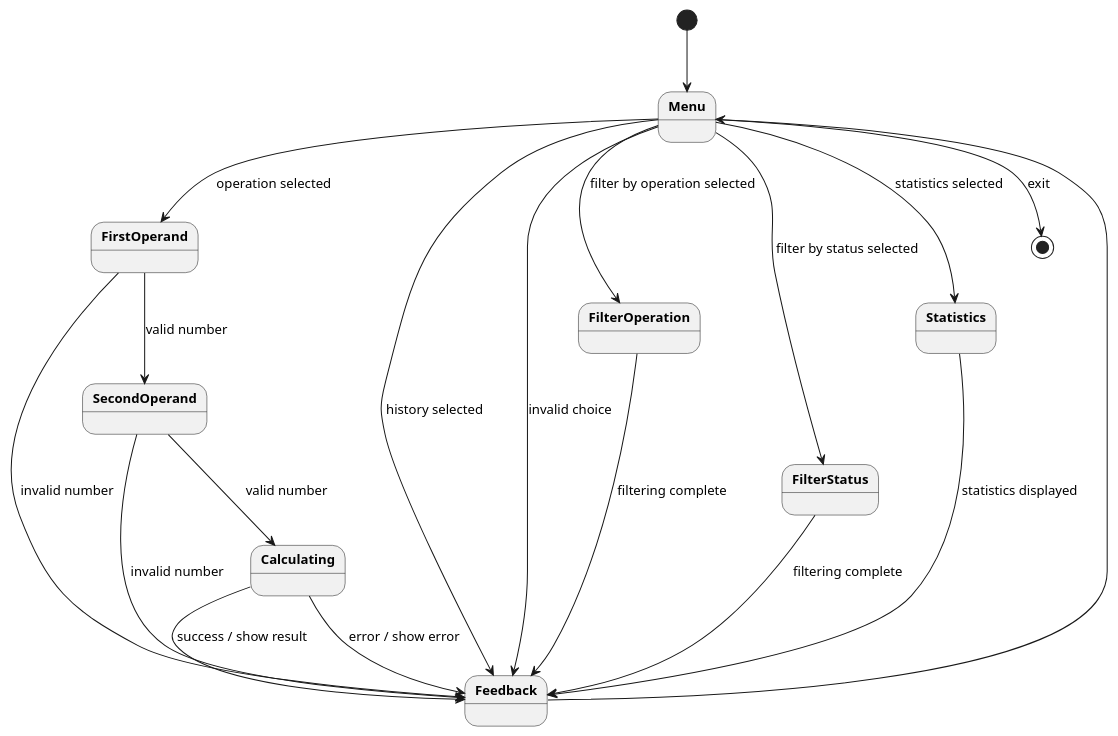
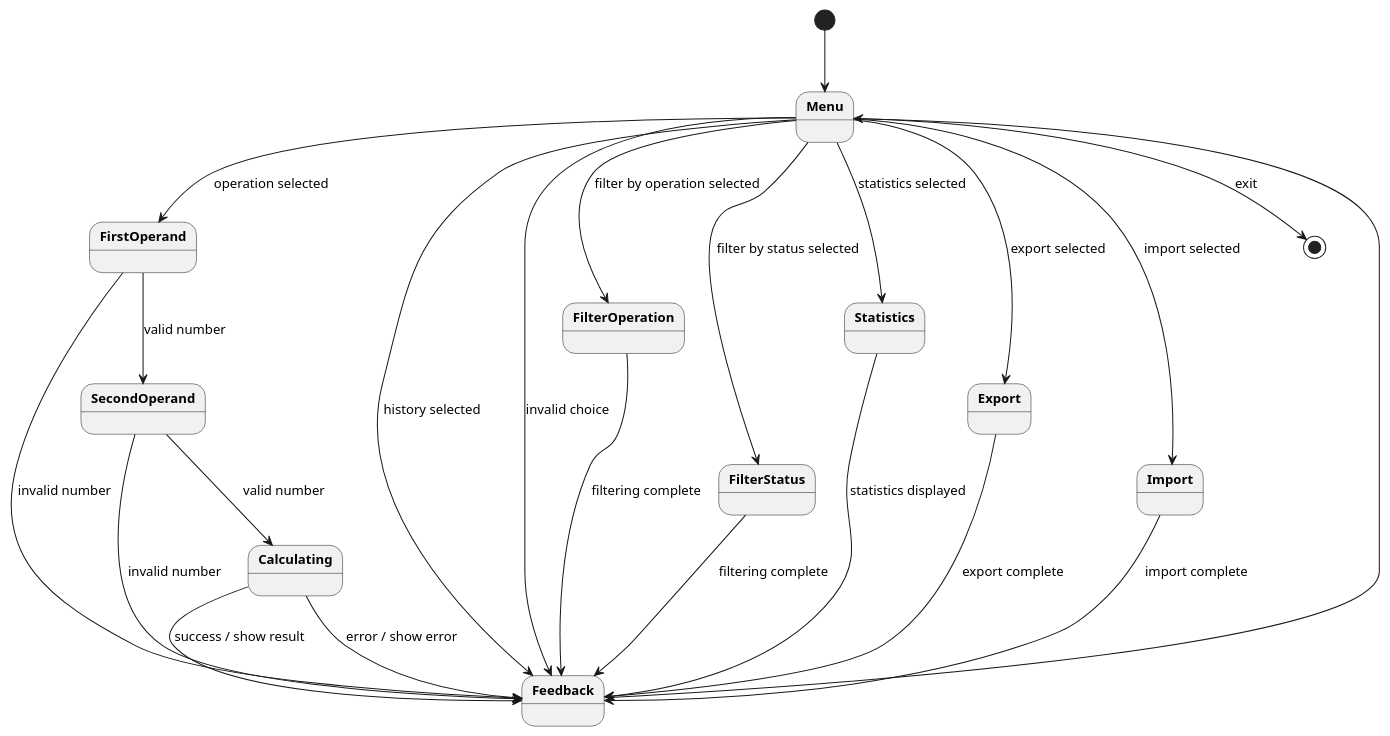
One commit to DanielRiha8906/Software_autoevolution_using_agents changed the diagram in experiments/pipeline/structured_text/calculator/artifacts/state_diagram_interactive.puml. Above: the diagram before and after it, drawn with PlantUML. The commit also changed 13 other files, not shown here.

```diff
--- a/experiments/pipeline/structured_text/calculator/artifacts/state_diagram_interactive.puml
+++ b/experiments/pipeline/structured_text/calculator/artifacts/state_diagram_interactive.puml
@@ -1,32 +1,36 @@
 @startuml state_diagram_interactive
 
 skinparam defaultFontSize 13
 skinparam stateFontStyle bold
 
 top to bottom direction
 
 [*] --> Menu
 
 Menu --> FirstOperand : operation selected
 Menu --> Feedback : history selected
 Menu --> FilterOperation : filter by operation selected
 Menu --> FilterStatus : filter by status selected
 Menu --> Statistics : statistics selected
+Menu --> Export : export selected
+Menu --> Import : import selected
 Menu --> Feedback : invalid choice
 Menu --> [*] : exit
 
 FilterOperation --> Feedback : filtering complete
 FilterStatus --> Feedback : filtering complete
 Statistics --> Feedback : statistics displayed
+Export --> Feedback : export complete
+Import --> Feedback : import complete
 
 FirstOperand --> SecondOperand : valid number
 FirstOperand --> Feedback : invalid number
 
 SecondOperand --> Calculating : valid number
 SecondOperand --> Feedback : invalid number
 
 Calculating --> Feedback : success / show result
 Calculating --> Feedback : error / show error
 Feedback --> Menu
 
 @enduml
```
